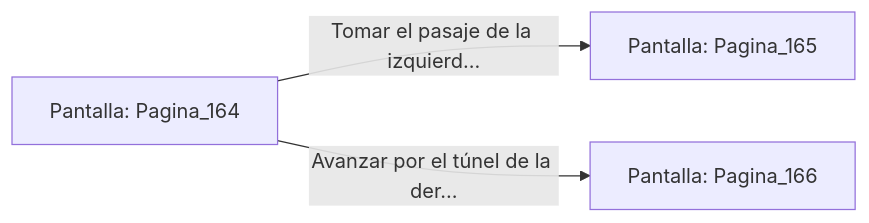
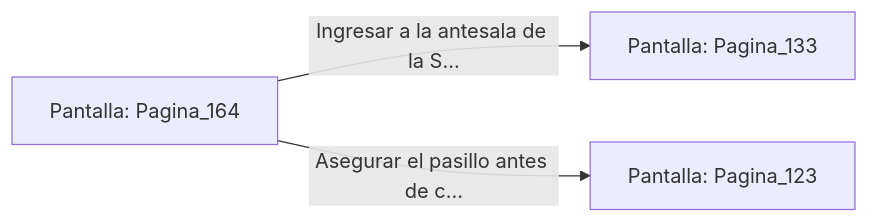
One commit to metsuke/mpl changed the diagram in sample/eligejuego-vault/Pantalla_Pagina_164.md. Above: the diagram before and after it, drawn with Mermaid. The commit also changed other lines of this file and 635 other files, not shown here.

First line of the commit message:
fix: añadir Pagina_1 como pantalla inicial en capitulo_01.mpl

````diff
--- a/sample/eligejuego-vault/Pantalla_Pagina_164.md
+++ b/sample/eligejuego-vault/Pantalla_Pagina_164.md
@@ -20,6 +22,6 @@
 ```mermaid
 graph LR
     P_Pagina_164["Pantalla: Pagina_164"]
-    P_Pagina_164 -->|"Tomar el pasaje de la izquierd..."| P_Pagina_165["Pantalla: Pagina_165"]
-    P_Pagina_164 -->|"Avanzar por el túnel de la der..."| P_Pagina_166["Pantalla: Pagina_166"]
+    P_Pagina_164 -->|"Ingresar a la antesala de la S..."| P_Pagina_133["Pantalla: Pagina_133"]
+    P_Pagina_164 -->|"Asegurar el pasillo antes de c..."| P_Pagina_123["Pantalla: Pagina_123"]
 ```
````
